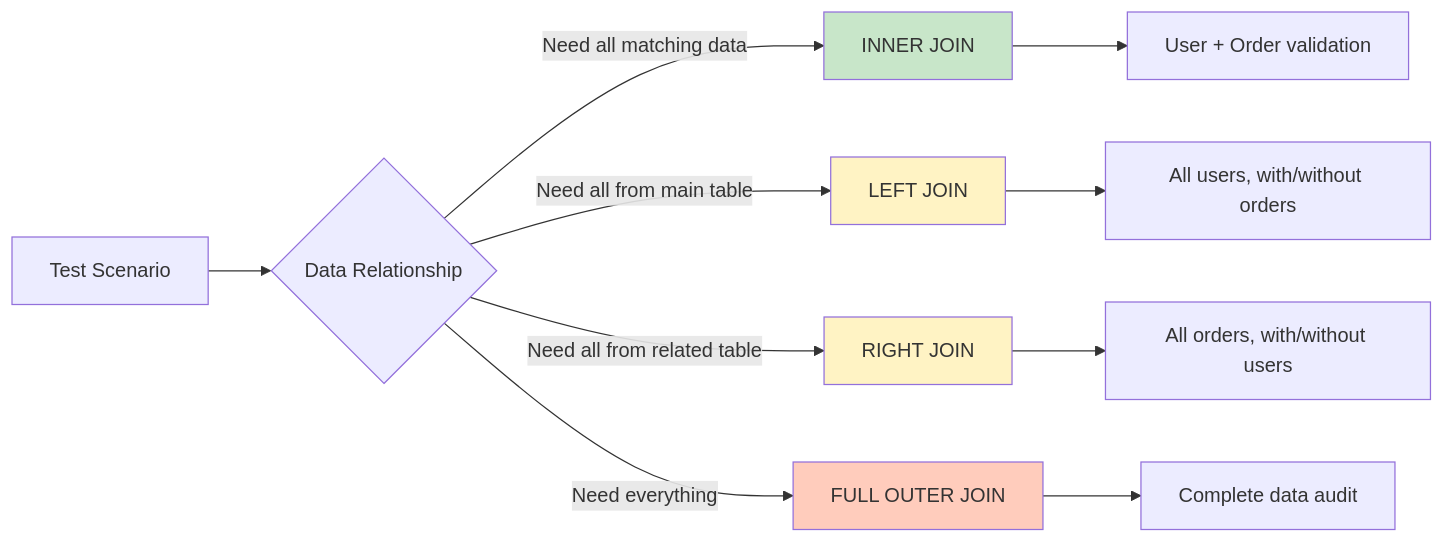
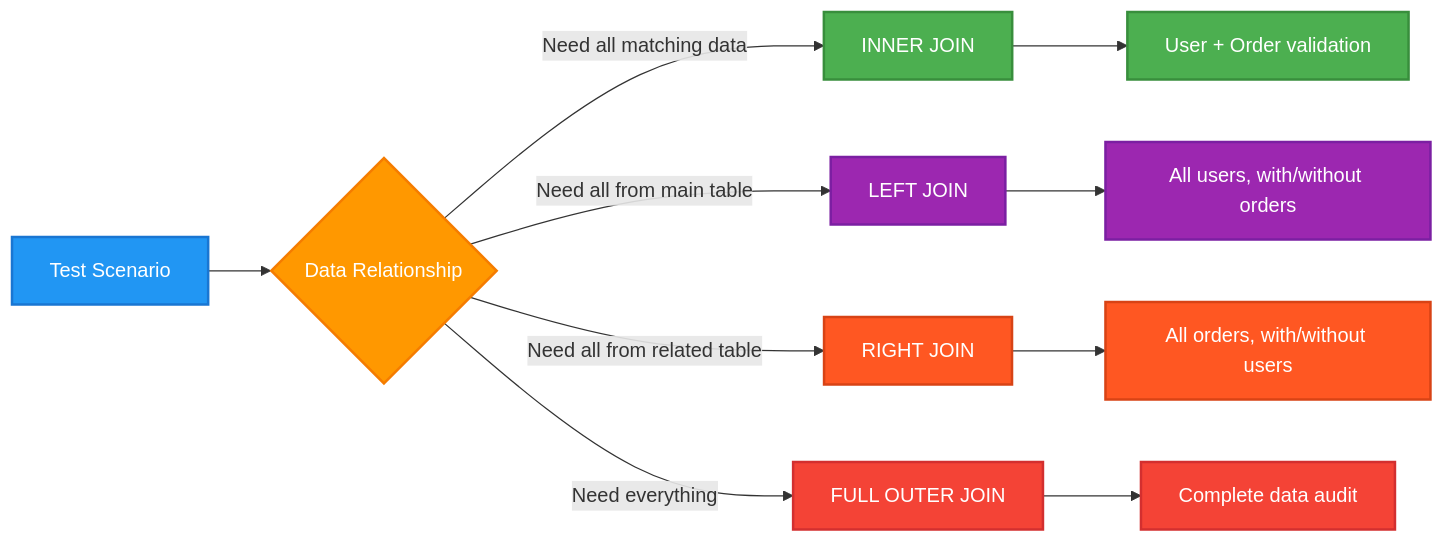
Before and after one commit to Simmy-Capitec/CapitecFramework: the second of 2 diagrams in sql-module/presentations/diagrams/join-types.md, drawn with Mermaid. The commit also changed other lines of this file and 2 other files, not shown here.

````diff
--- a/sql-module/presentations/diagrams/join-types.md
+++ b/sql-module/presentations/diagrams/join-types.md
@@ -45,19 +53,25 @@
 ```mermaid
 flowchart LR
     A[Test Scenario] --> B{Data Relationship}
     
     B -->|Need all matching data| C[INNER JOIN]
     B -->|Need all from main table| D[LEFT JOIN]
     B -->|Need all from related table| E[RIGHT JOIN]
     B -->|Need everything| F[FULL OUTER JOIN]
     
     C --> G[User + Order validation]
     D --> H[All users, with/without orders]
     E --> I[All orders, with/without users]
     F --> J[Complete data audit]
     
-    style C fill:#c8e6c9
-    style D fill:#fff3c4
-    style E fill:#fff3c4
-    style F fill:#ffccbc
+    style A fill:#2196F3,stroke:#1976D2,stroke-width:2px,color:#fff
+    style B fill:#FF9800,stroke:#F57C00,stroke-width:2px,color:#fff
+    style C fill:#4CAF50,stroke:#388E3C,stroke-width:2px,color:#fff
+    style D fill:#9C27B0,stroke:#7B1FA2,stroke-width:2px,color:#fff
+    style E fill:#FF5722,stroke:#D84315,stroke-width:2px,color:#fff
+    style F fill:#F44336,stroke:#D32F2F,stroke-width:2px,color:#fff
+    style G fill:#4CAF50,stroke:#388E3C,stroke-width:2px,color:#fff
+    style H fill:#9C27B0,stroke:#7B1FA2,stroke-width:2px,color:#fff
+    style I fill:#FF5722,stroke:#D84315,stroke-width:2px,color:#fff
+    style J fill:#F44336,stroke:#D32F2F,stroke-width:2px,color:#fff
 ```
````
